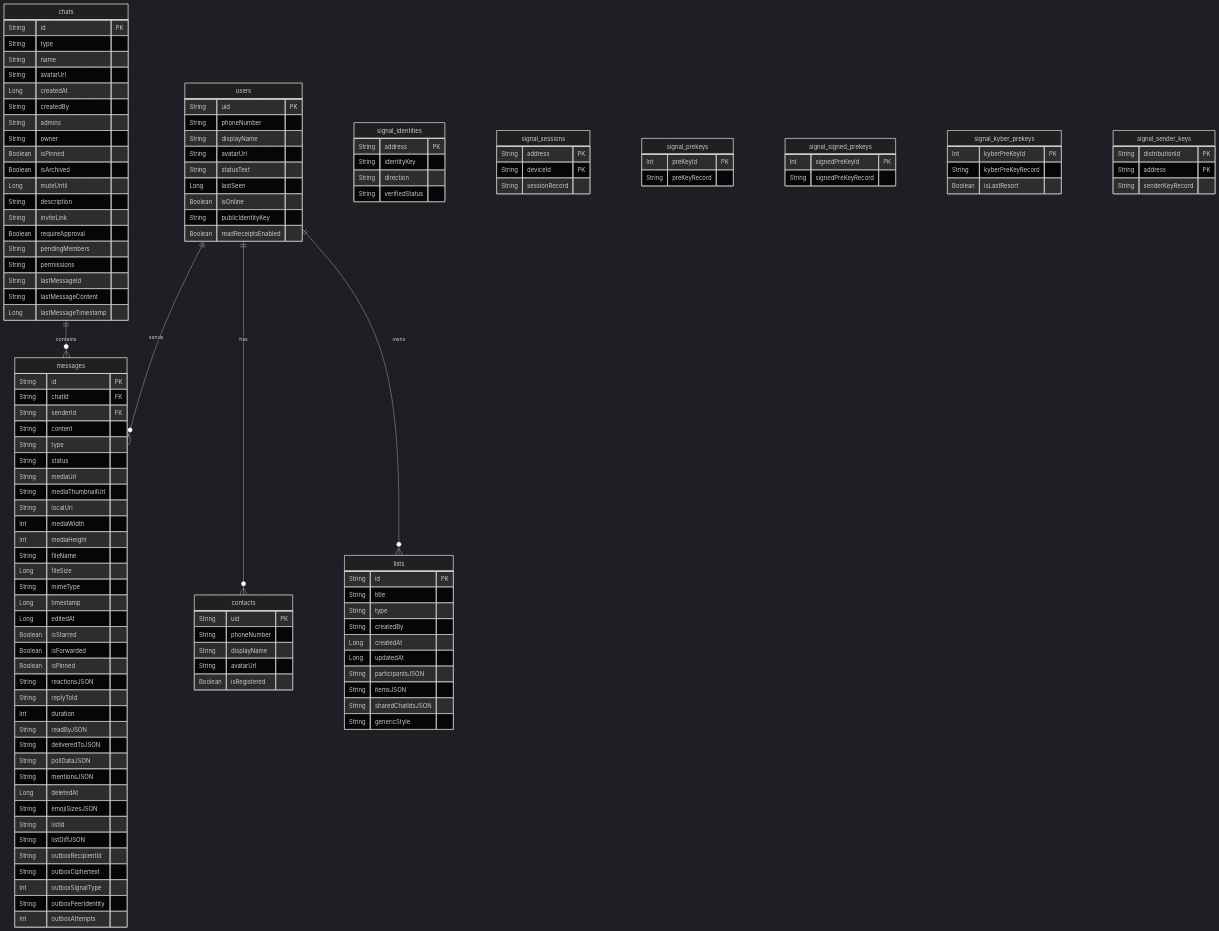
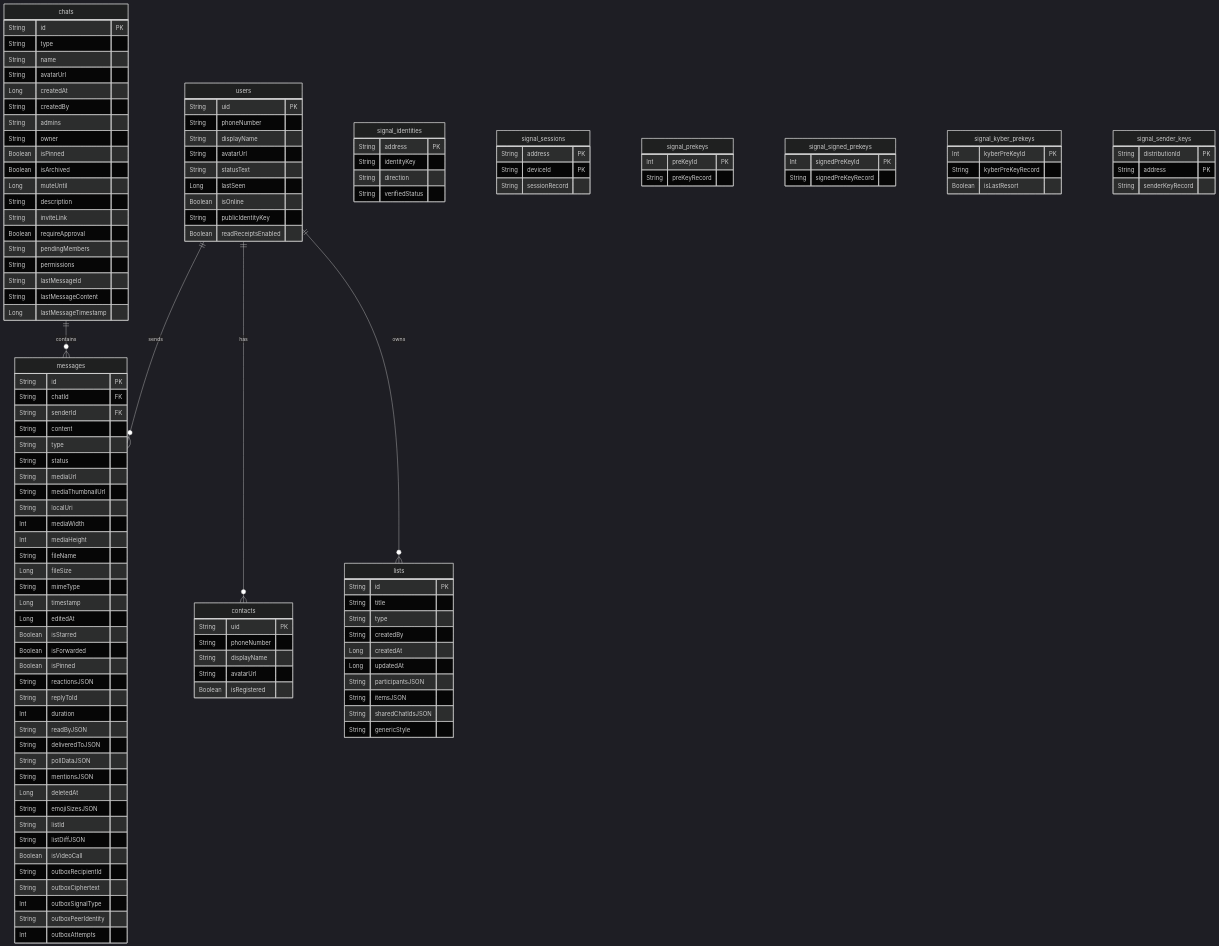
Before and after one commit to gomorra/fire-stream-chat: the diagram in docs/SCHEMA-ROOM.md, drawn with Mermaid (dark theme). The commit also changed other lines of this file and 35 other files, not shown here.

```diff
--- a/docs/SCHEMA-ROOM.md
+++ b/docs/SCHEMA-ROOM.md
@@ -91,6 +93,7 @@
         String emojiSizesJSON
         String listId
         String listDiffJSON
+        Boolean isVideoCall
         String outboxRecipientId
         String outboxCiphertext
         Int outboxSignalType
```
